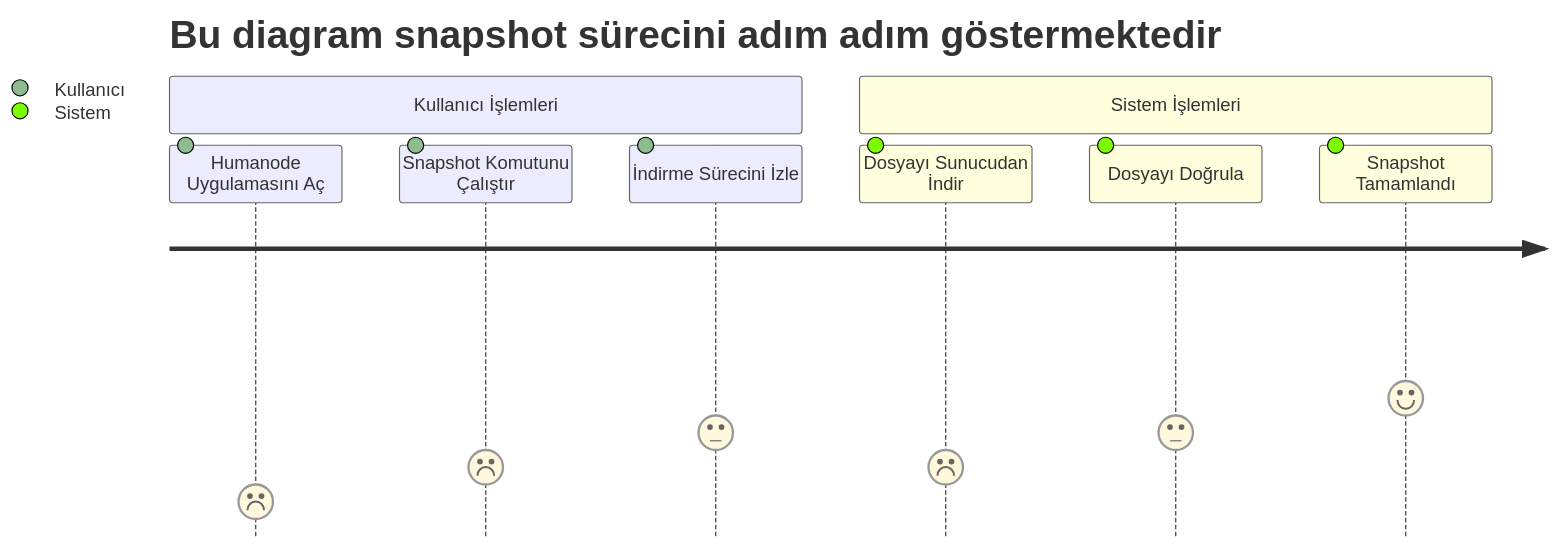
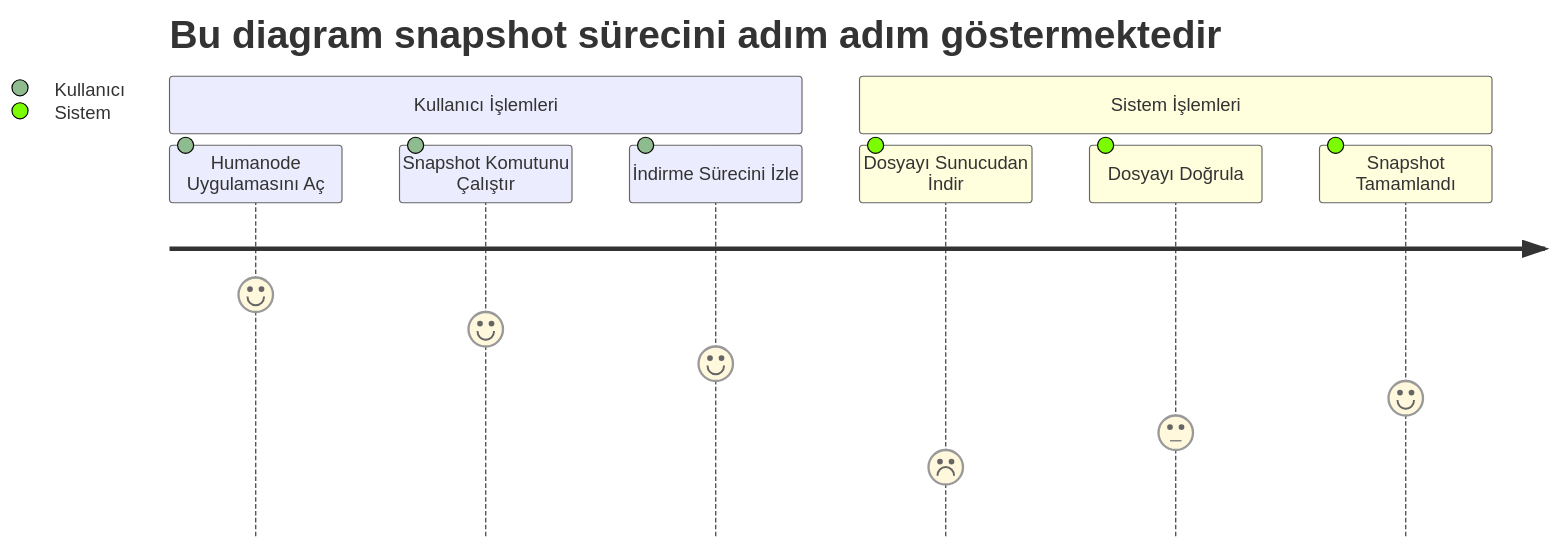
Before and after one commit to Lorento34/humanode: the diagram in Snapshot.md, drawn with Mermaid.

````diff
--- a/Snapshot.md
+++ b/Snapshot.md
@@ -8,12 +8,12 @@
 ```mermaid
 journey
     title Bu diagram snapshot sürecini adım adım göstermektedir
     section Kullanıcı İşlemleri
-      Humanode Uygulamasını Aç: 1: Kullanıcı
-      Snapshot Komutunu Çalıştır: 2: Kullanıcı
-      İndirme Sürecini İzle: 3: Kullanıcı
+      Humanode Uygulamasını Aç: 7: Kullanıcı
+      Snapshot Komutunu Çalıştır: 6: Kullanıcı
+      İndirme Sürecini İzle: 5: Kullanıcı
     section Sistem İşlemleri
       Dosyayı Sunucudan İndir: 2: Sistem
       Dosyayı Doğrula: 3: Sistem
       Snapshot Tamamlandı: 4: Sistem
 ```
````
